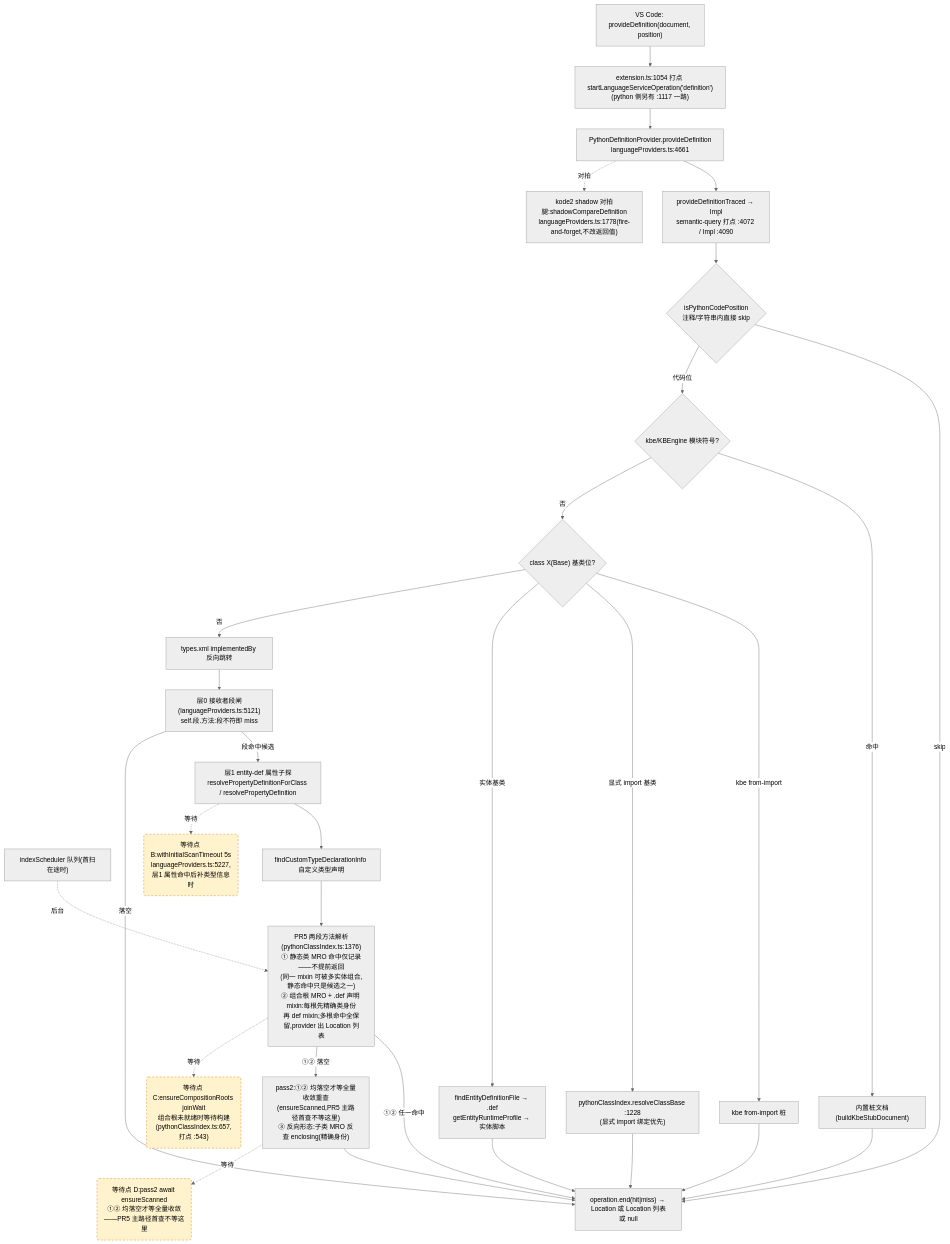
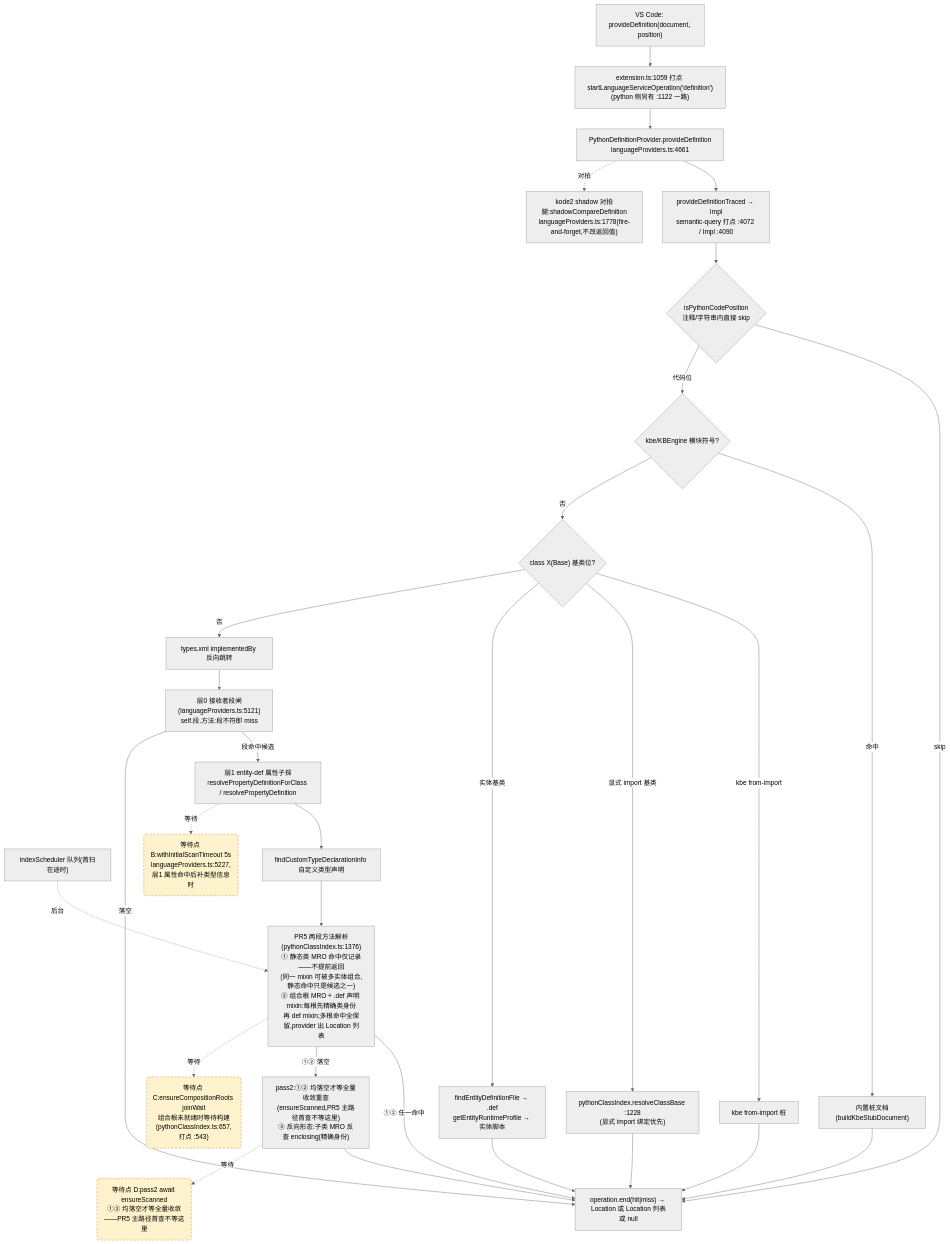
Before and after one commit to cuihairu/kode: the second of 4 diagrams in docs/perf/2026-baseline.md, drawn with Mermaid (neutral theme). The commit also changed other lines of this file and 7 other files, not shown here.

````diff
--- a/docs/perf/2026-baseline.md
+++ b/docs/perf/2026-baseline.md
@@ -130,51 +130,51 @@
 ```mermaid
 flowchart TD
   VC2["VS Code: provideDefinition(document, position)"]
-  M2["extension.ts:1054 打点 startLanguageServiceOperation('definition')<br/>(python 侧另有 :1117 一路)"]
+  M2["extension.ts:1059 打点 startLanguageServiceOperation('definition')<br/>(python 侧另有 :1122 一路)"]
   AD2["PythonDefinitionProvider.provideDefinition<br/>languageProviders.ts:4661"]
   TR["provideDefinitionTraced → Impl<br/>semantic-query 打点 :4072 / Impl :4090"]
   CTX{"isPythonCodePosition<br/>注释/字符串内直接 skip"}
   KBE{"kbe/KBEngine 模块符号?"}
   STUB["内置桩文档(buildKbeStubDocument)"]
   CB{"class X(Base) 基类位?"}
   CB1["kbe from-import 桩"]
   CB2["pythonClassIndex.resolveClassBase :1228<br/>(显式 import 绑定优先)"]
   CB3["findEntityDefinitionFile → .def<br/>getEntityRuntimeProfile → 实体脚本"]
   REV["types.xml implementedBy 反向跳转"]
   L0["层0 接收者段闸(languageProviders.ts:5121)<br/>self.段.方法:段不符即 miss"]
   L1["层1 entity-def 属性子探<br/>resolvePropertyDefinitionForClass / resolvePropertyDefinition"]
   SCAN["indexScheduler 队列(首扫在途时)"]
   TY["findCustomTypeDeclarationInfo 自定义类型声明"]
   MRO["PR5 两段方法解析(pythonClassIndex.ts:1376)<br/>① 静态类 MRO 命中仅记录——不提前返回<br/>(同一 mixin 可被多实体组合,静态命中只是候选之一)<br/>② 组合根 MRO + .def 声明 mixin:每根先精确类身份<br/>再 def mixin;多根命中全保留,provider 出 Location 列表"]
   PASS2["pass2:①② 均落空才等全量收敛重查<br/>(ensureScanned,PR5 主路径首查不等这里)<br/>③ 反向形态:子类 MRO 反查 enclosing(精确身份)"]
   SHD["kode2 shadow 对拍腿:shadowCompareDefinition<br/>languageProviders.ts:1778(fire-and-forget,不改返回值)"]
   END2["operation.end(hit|miss) → Location 或 Location 列表或 null"]
 
   VC2 --> M2 --> AD2 --> TR --> CTX
   CTX -- "skip" --> END2
   CTX -- "代码位" --> KBE
   KBE -- "命中" --> STUB --> END2
   KBE -- "否" --> CB
   CB -- "kbe from-import" --> CB1 --> END2
   CB -- "显式 import 基类" --> CB2 --> END2
   CB -- "实体基类" --> CB3 --> END2
   CB -- "否" --> REV --> L0
   L0 -- "段命中候选" --> L1
   L0 -- "落空" --> END2
   L1 --> TY
   TY --> MRO
   MRO -- "①② 任一命中" --> END2
   MRO -- "①② 落空" --> PASS2 --> END2
   AD2 -.->|对拍| SHD
 
   WAITB("等待点 B:withInitialScanTimeout 5s<br/>languageProviders.ts:5227,层1 属性命中后补类型信息时")
   WAITC("等待点 C:ensureCompositionRoots joinWait<br/>组合根未就绪时等待构建(pythonClassIndex.ts:657,打点 :543)")
   WAITD("等待点 D:pass2 await ensureScanned<br/>①② 均落空才等全量收敛——PR5 主路径首查不等这里")
   L1 -.->|等待| WAITB
   MRO -.->|等待| WAITC
   PASS2 -.->|等待| WAITD
   SCAN -.->|后台| MRO
 
   classDef waitPoint fill:#fff3cd,stroke:#d97706,stroke-dasharray:5 4;
   class WAITB,WAITC,WAITD waitPoint;
 ```
````
